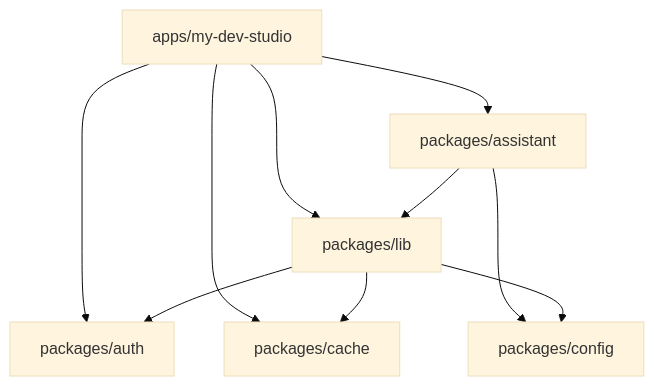
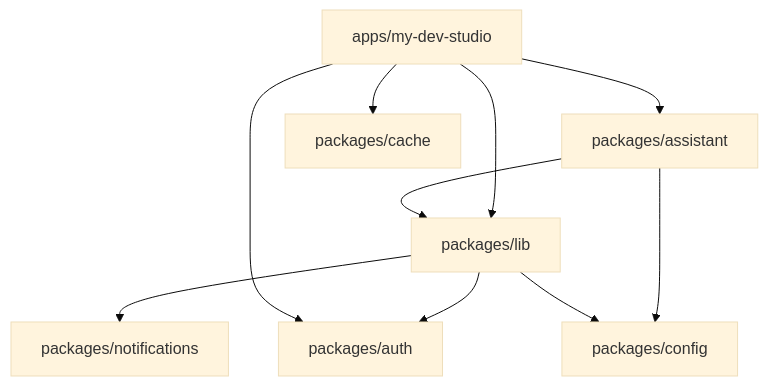
Before and after one commit to yusufyilmz/devhub-showcase: the third of 6 diagrams in docs/architecture.md, drawn with Mermaid (base theme). The commit also changed other lines of this file and 1488 other files, not shown here.

````diff
--- a/docs/architecture.md
+++ b/docs/architecture.md
@@ -59,12 +61,12 @@
 ```mermaid
 flowchart TD
   App["apps/my-dev-studio"] --> Assistant["packages/assistant"]
-  App --> Lib["packages/lib"]
+  App --> Services["packages/lib"]
+  Assistant --> Services
+  Services --> Notifications["packages/notifications"]
+  Services --> Auth
   App --> Auth["packages/auth"]
   App --> Cache["packages/cache"]
-  Assistant --> Lib
   Assistant --> Config["packages/config"]
-  Lib --> Auth
-  Lib --> Cache
-  Lib --> Config
+  Services --> Config
 ```
````
